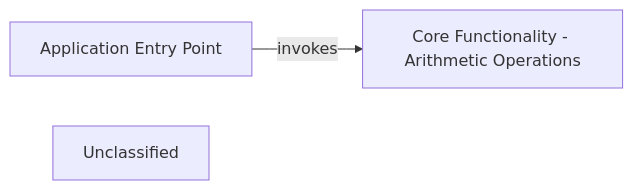
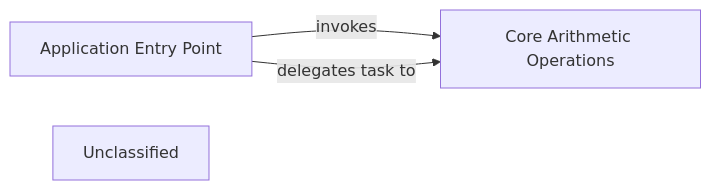
One commit to workingshem/testcodeboarding changed the diagram in testcodeboarding/on_boarding.md. Above: the diagram before and after it, drawn with Mermaid. The commit also changed other lines of this file, not shown here.

````diff
--- a/testcodeboarding/on_boarding.md
+++ b/testcodeboarding/on_boarding.md
@@ -1,7 +1,8 @@
 ```mermaid
 graph LR
     Application_Entry_Point["Application Entry Point"]
-    Core_Functionality_Arithmetic_Operations["Core Functionality - Arithmetic Operations"]
+    Core_Arithmetic_Operations["Core Arithmetic Operations"]
     Unclassified["Unclassified"]
-    Application_Entry_Point -- "invokes" --> Core_Functionality_Arithmetic_Operations
+    Application_Entry_Point -- "invokes" --> Core_Arithmetic_Operations
+    Application_Entry_Point -- "delegates task to" --> Core_Arithmetic_Operations
 ```
````
